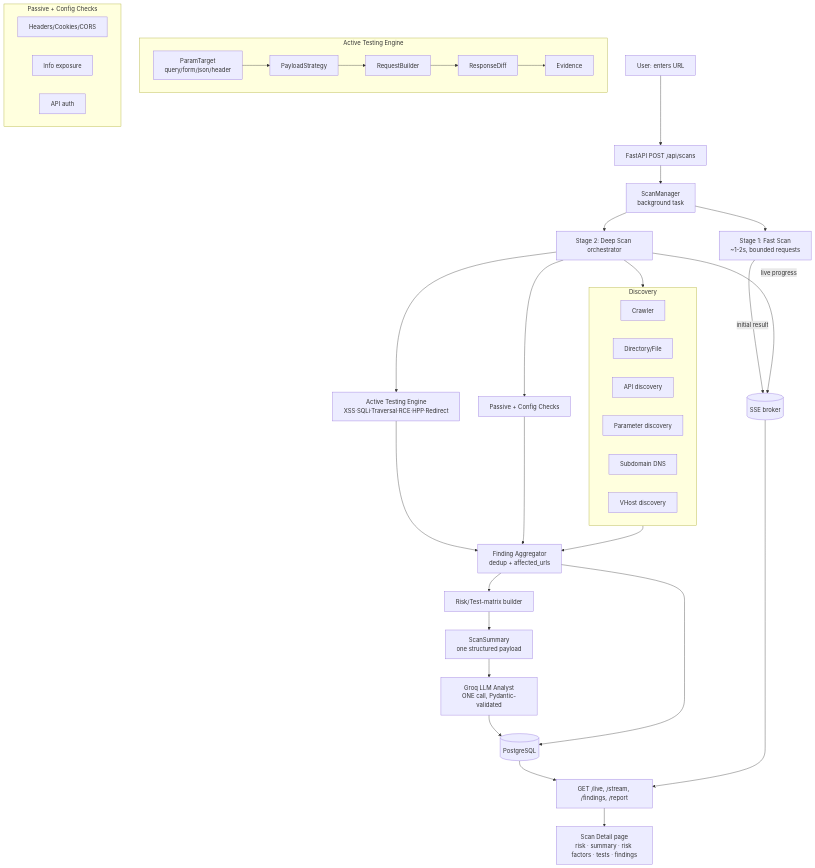
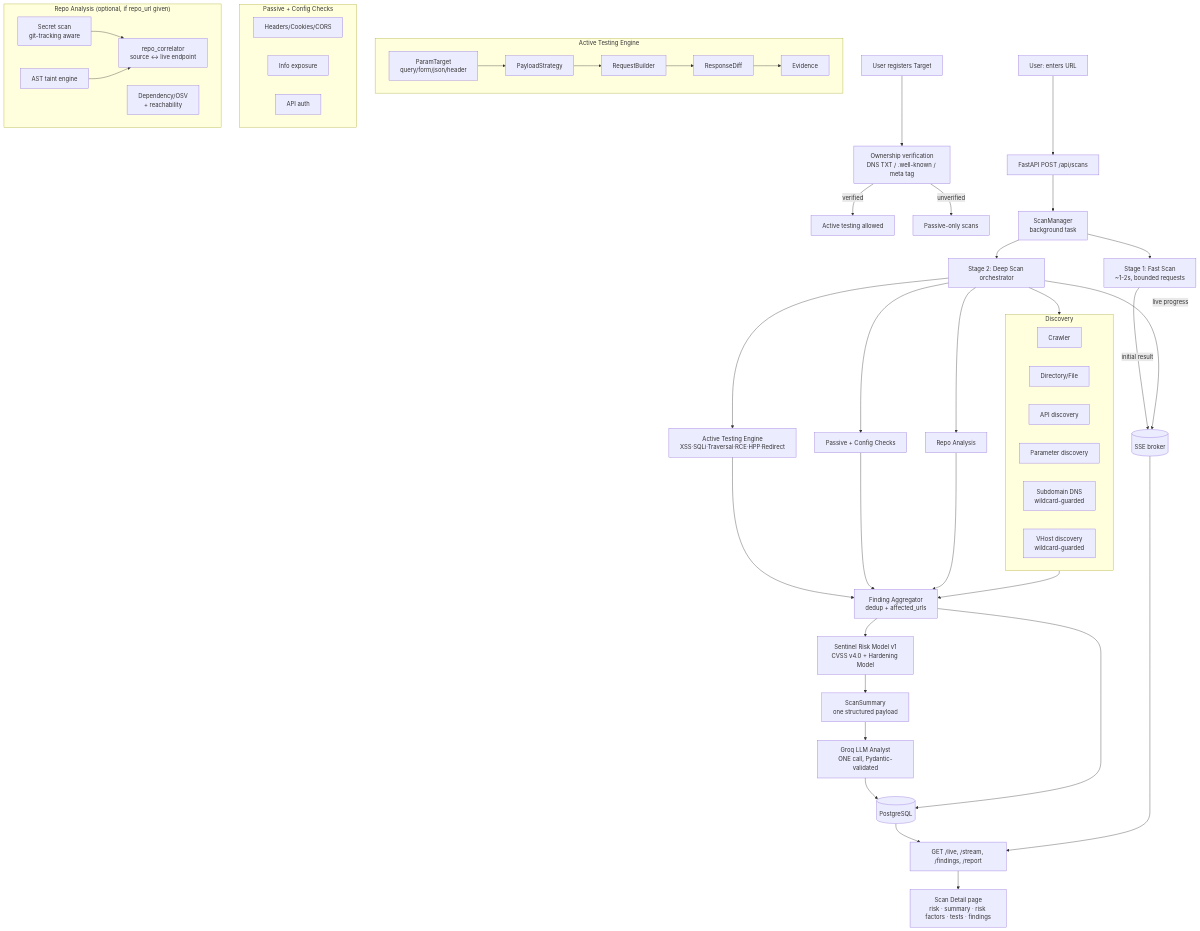
The diagram in ARCHITECTURE.md (kabir-999/Perry), drawn with Mermaid before and after one commit. The commit also changed other lines of this file and 23 other files, not shown here.

Commit message:
Updated readme.md and architecture.md

````diff
--- a/ARCHITECTURE.md
+++ b/ARCHITECTURE.md
@@ -10,36 +24,46 @@
 ```mermaid
 flowchart TD
+    T[User registers Target] --> V[Ownership verification<br/>DNS TXT / .well-known / meta tag]
+    V -->|verified| ACTIVE[Active testing allowed]
+    V -->|unverified| PASSIVE0[Passive-only scans]
     U[User: enters URL] --> API[FastAPI POST /api/scans]
     API --> SM[ScanManager<br/>background task]
     SM --> FS[Stage 1: Fast Scan<br/>~1-2s, bounded requests]
     FS -->|initial result| SSE[(SSE broker)]
     SM --> DS[Stage 2: Deep Scan orchestrator]
 
     subgraph Discovery
       CR[Crawler] ; DIR[Directory/File] ; APId[API discovery]
-      PAR[Parameter discovery] ; SUB[Subdomain DNS] ; VH[VHost discovery]
+      PAR[Parameter discovery] ; SUB[Subdomain DNS<br/>wildcard-guarded] ; VH[VHost discovery<br/>wildcard-guarded]
     end
     subgraph "Active Testing Engine"
       PT[ParamTarget<br/>query/form/json/header] --> PS[PayloadStrategy]
       PS --> RB[RequestBuilder] --> RD[ResponseDiff] --> EV[Evidence]
     end
     subgraph "Passive + Config Checks"
       HdrChk[Headers/Cookies/CORS] ; Info[Info exposure] ; ApiSec[API auth]
     end
+    subgraph "Repo Analysis (optional, if repo_url given)"
+      SEC[Secret scan<br/>git-tracking aware] ; SAST[AST taint engine] ; DEP[Dependency/OSV<br/>+ reachability]
+      SEC --> CORR[repo_correlator<br/>source ↔ live endpoint]
+      SAST --> CORR
+    end
 
     DS --> Discovery
     DS --> Active[Active Testing Engine<br/>XSS·SQLi·Traversal·RCE·HPP·Redirect]
     DS --> Passive[Passive + Config Checks]
+    DS --> RepoAnalysis[Repo Analysis]
     Discovery --> AGG
     Active --> AGG[Finding Aggregator<br/>dedup + affected_urls]
     Passive --> AGG
-    AGG --> RE[Risk/Test-matrix builder]
-    RE --> SUMM[ScanSummary<br/>one structured payload]
+    RepoAnalysis --> AGG
+    AGG --> RM[Sentinel Risk Model v1<br/>CVSS v4.0 + Hardening Model]
+    RM --> SUMM[ScanSummary<br/>one structured payload]
     SUMM --> GROQ[Groq LLM Analyst<br/>ONE call, Pydantic-validated]
     GROQ --> DB[(PostgreSQL)]
     AGG --> DB
     DS -->|live progress| SSE
     DB --> READ[GET /live, /stream, /findings, /report]
     SSE --> READ
     READ --> UI[Scan Detail page<br/>risk · summary · risk factors · tests · findings]
 ```
````
